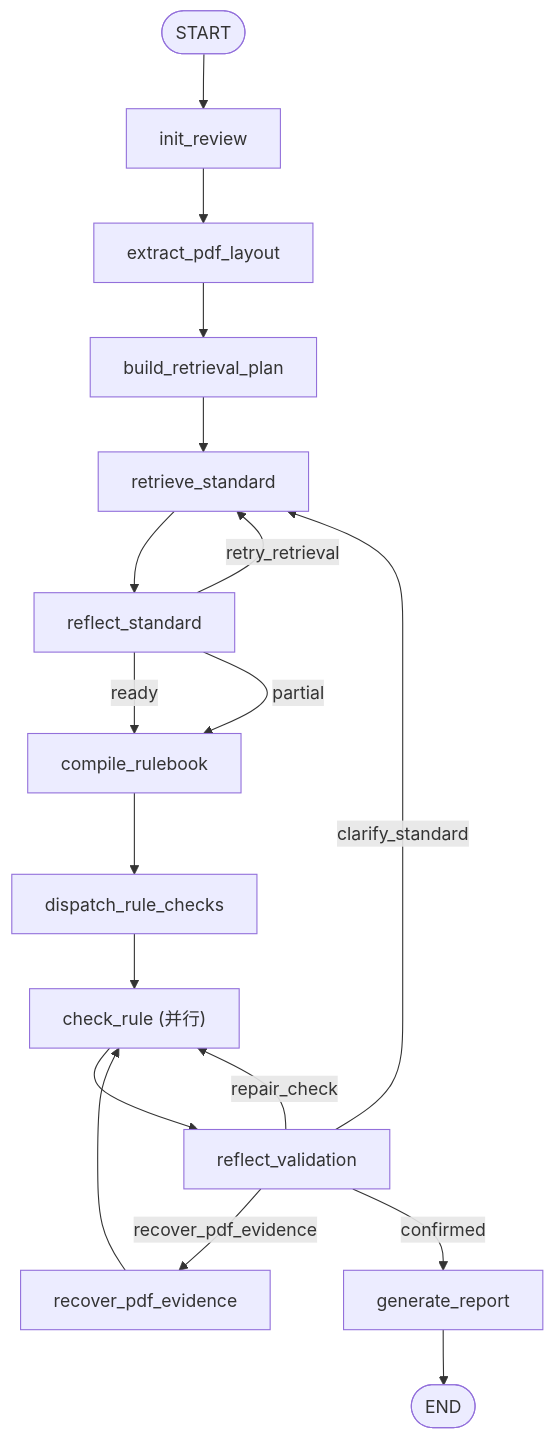
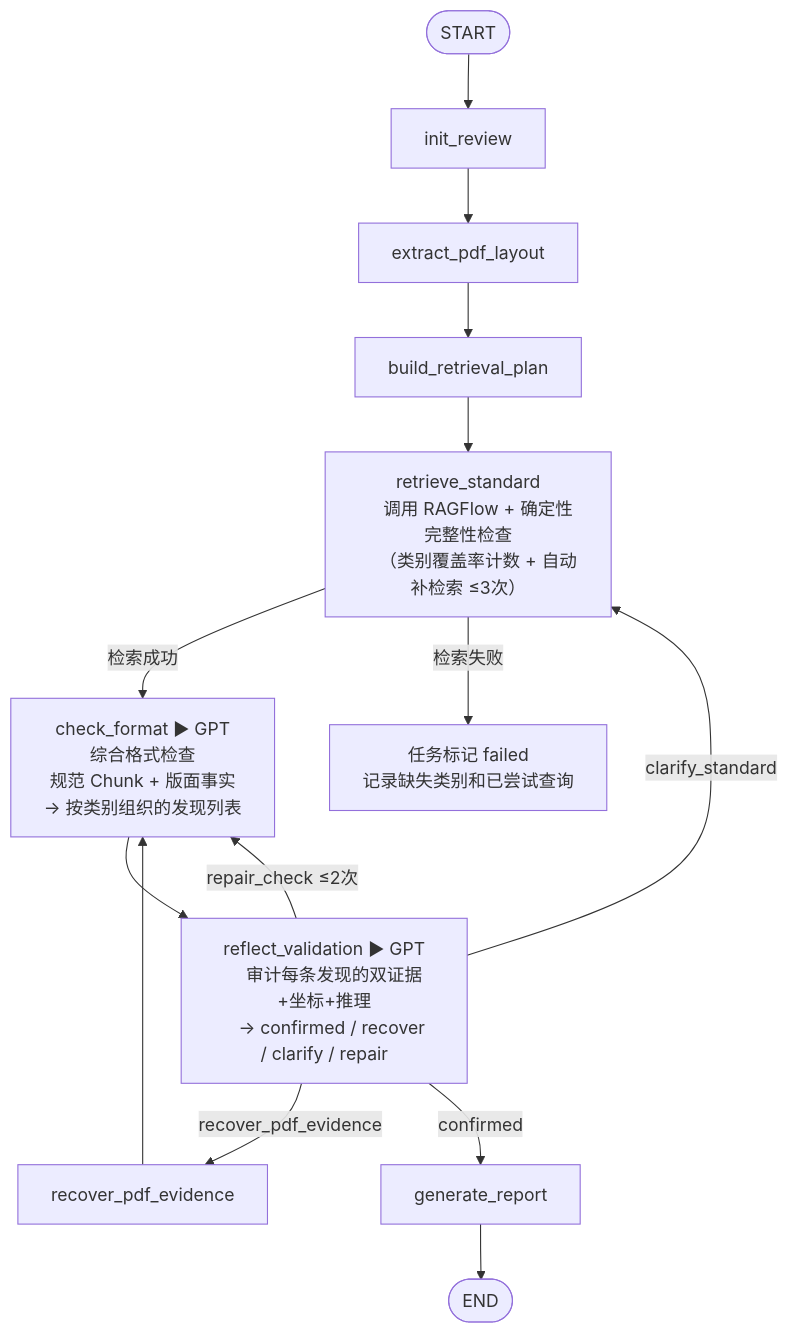
The second of 4 diagrams in 格式审查模块详细设计_V1.0.md (szy2334/ragflow-course-project), drawn with Mermaid before and after one commit. The commit also changed other lines of this file and 1 other file, not shown here.

````diff
--- a/格式审查模块详细设计_V1.0.md
+++ b/格式审查模块详细设计_V1.0.md
@@ -173,20 +197,24 @@
 ```mermaid
 flowchart TD
     S([START]) --> INIT["init_review"]
     INIT --> PDF["extract_pdf_layout"]
-    PDF --> Q["build_retrieval_plan"]
-    Q --> RET["retrieve_standard"]
-    RET --> SR["reflect_standard"]
-    SR -->|"retry_retrieval"| RET
-    SR -->|"ready"| RB["compile_rulebook"]
-    SR -->|"partial"| RB
-    RB --> FAN["dispatch_rule_checks"]
-    FAN --> CHECK["check_rule (并行)"]
-    CHECK --> VR["reflect_validation"]
+    PDF --> PLAN["build_retrieval_plan"]
+    PLAN --> RET["retrieve_standard
+    调用 RAGFlow + 确定性完整性检查
+    （类别覆盖率计数 + 自动补检索 ≤3次）"]
+    RET -->|"检索成功"| CHECK["check_format ▶ GPT
+    综合格式检查
+    规范 Chunk + 版面事实
+    → 按类别组织的发现列表"]
+    RET -->|"检索失败"| FAIL["任务标记 failed
+    记录缺失类别和已尝试查询"]
+    CHECK --> VR["reflect_validation ▶ GPT
+    审计每条发现的双证据+坐标+推理
+    → confirmed / recover / clarify / repair"]
     VR -->|"recover_pdf_evidence"| PDFR["recover_pdf_evidence"]
     PDFR --> CHECK
     VR -->|"clarify_standard"| RET
-    VR -->|"repair_check"| CHECK
+    VR -->|"repair_check ≤2次"| CHECK
     VR -->|"confirmed"| REPORT["generate_report"]
     REPORT --> END([END])
 ```
````
